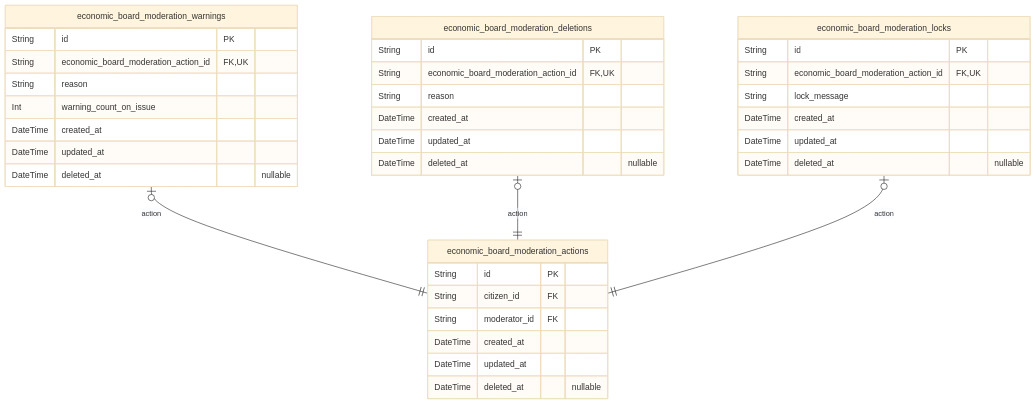
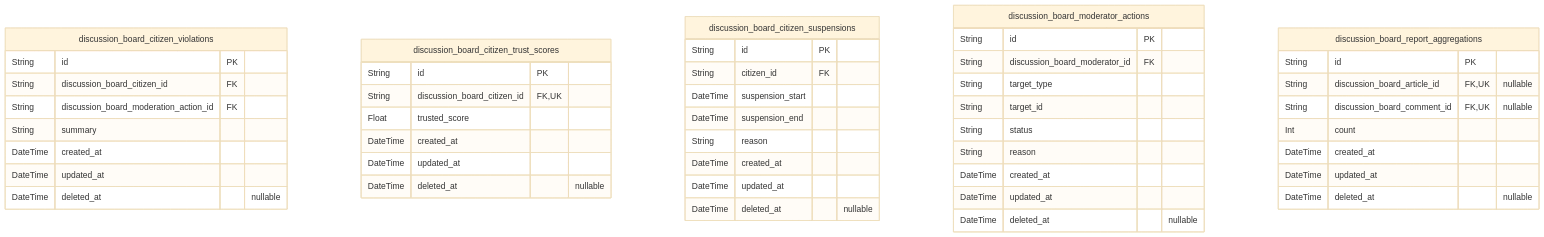
The seventh of 9 diagrams in qwen/qwen3-next-80b-a3b-instruct/bbs/docs/ERD.md (wrtnlabs/autobe-examples), drawn with Mermaid (base theme) before and after one commit. The commit also changed other lines of this file and 6988 other files, not shown here.

````diff
--- a/qwen/qwen3-next-80b-a3b-instruct/bbs/docs/ERD.md
+++ b/qwen/qwen3-next-80b-a3b-instruct/bbs/docs/ERD.md
@@ -743,39 +2078,50 @@
 ```mermaid
 erDiagram
-"economic_board_moderation_actions" {
+"discussion_board_citizen_violations" {
   String id PK
-  String citizen_id FK
-  String moderator_id FK
+  String discussion_board_citizen_id FK
+  String discussion_board_moderation_action_id FK
+  String summary
   DateTime created_at
   DateTime updated_at
   DateTime deleted_at "nullable"
 }
-"economic_board_moderation_warnings" {
+"discussion_board_citizen_trust_scores" {
   String id PK
-  String economic_board_moderation_action_id FK,UK
-  String reason
-  Int warning_count_on_issue
+  String discussion_board_citizen_id FK,UK
+  Float trusted_score
   DateTime created_at
   DateTime updated_at
   DateTime deleted_at "nullable"
 }
-"economic_board_moderation_deletions" {
+"discussion_board_citizen_suspensions" {
   String id PK
-  String economic_board_moderation_action_id FK,UK
+  String citizen_id FK
+  DateTime suspension_start
+  DateTime suspension_end
   String reason
   DateTime created_at
   DateTime updated_at
   DateTime deleted_at "nullable"
 }
-"economic_board_moderation_locks" {
+"discussion_board_moderator_actions" {
   String id PK
-  String economic_board_moderation_action_id FK,UK
-  String lock_message
+  String discussion_board_moderator_id FK
+  String target_type
+  String target_id
+  String status
+  String reason
   DateTime created_at
   DateTime updated_at
   DateTime deleted_at "nullable"
 }
-"economic_board_moderation_warnings" |o--|| "economic_board_moderation_actions" : action
-"economic_board_moderation_deletions" |o--|| "economic_board_moderation_actions" : action
-"economic_board_moderation_locks" |o--|| "economic_board_moderation_actions" : action
+"discussion_board_report_aggregations" {
+  String id PK
+  String discussion_board_article_id FK,UK "nullable"
+  String discussion_board_comment_id FK,UK "nullable"
+  Int count
+  DateTime created_at
+  DateTime updated_at
+  DateTime deleted_at "nullable"
+}
 ```
````
